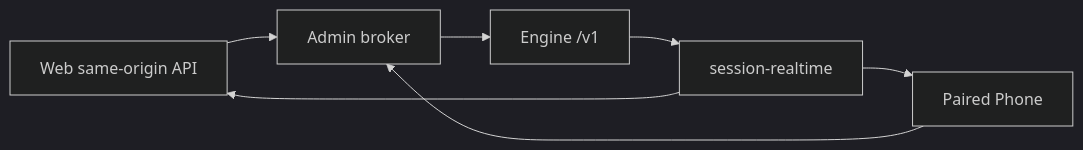
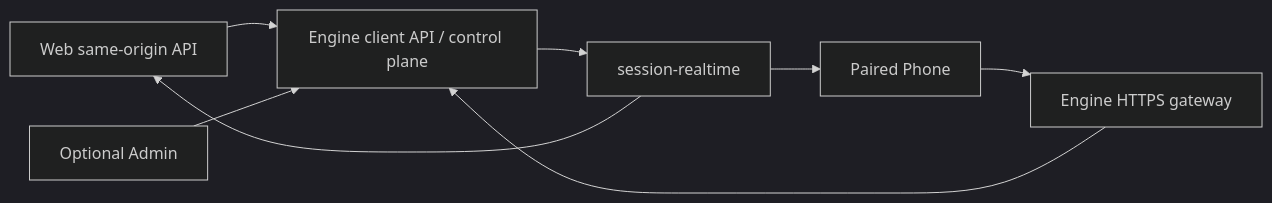
The diagram in docs/V8_AGENT_OS_API_REFERENCE_ZH.md (justForever17/v8-agent-os), drawn with Mermaid (dark theme) before and after one commit. The commit also changed other lines of this file and 95 other files, not shown here.

````diff
--- a/docs/V8_AGENT_OS_API_REFERENCE_ZH.md
+++ b/docs/V8_AGENT_OS_API_REFERENCE_ZH.md
@@ -21,9 +21,10 @@
 ```mermaid
 flowchart LR
-  Web["Web same-origin API"] --> Admin["Admin broker"]
-  Phone["Paired Phone"] --> Admin
-  Admin --> Engine["Engine /v1"]
+  Web["Web same-origin API"] --> Engine["Engine client API / control plane"]
+  Phone["Paired Phone"] --> Gateway["Engine HTTPS gateway"]
+  Gateway --> Engine
+  Admin["Optional Admin"] --> Engine
   Engine --> Contract["session-realtime"]
   Contract --> Web
   Contract --> Phone
 ```
````
